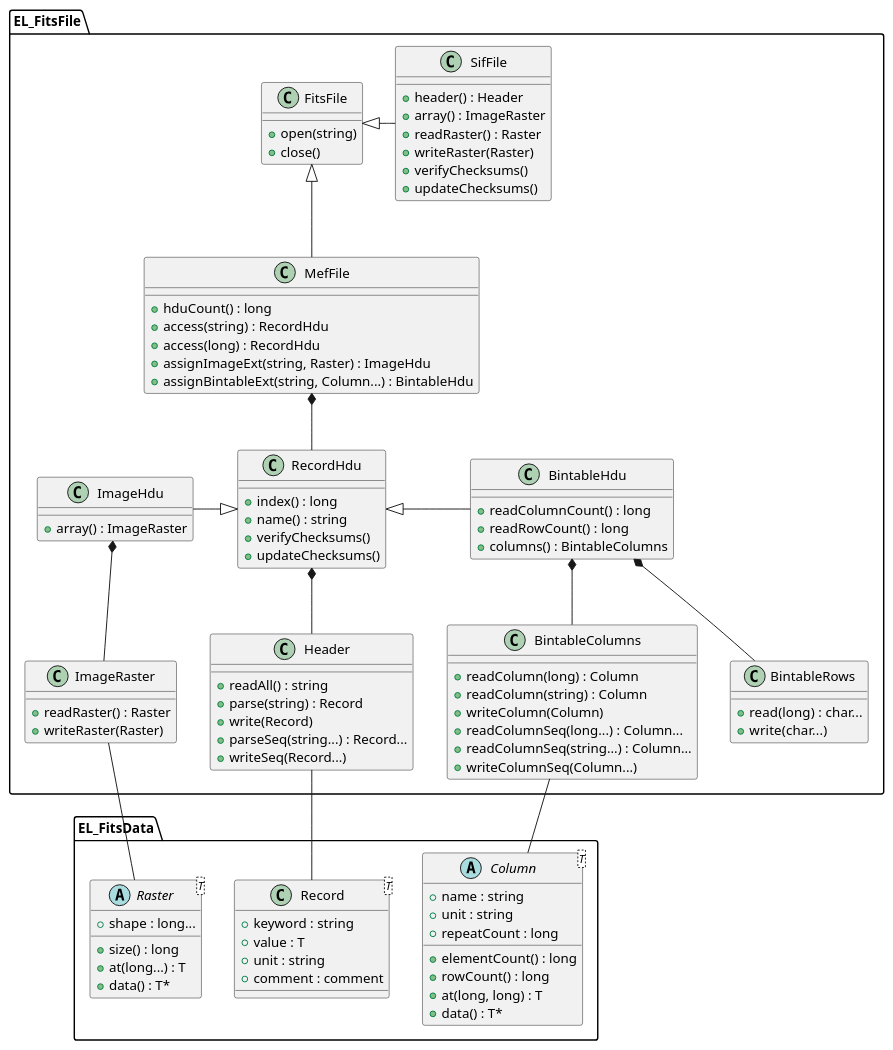
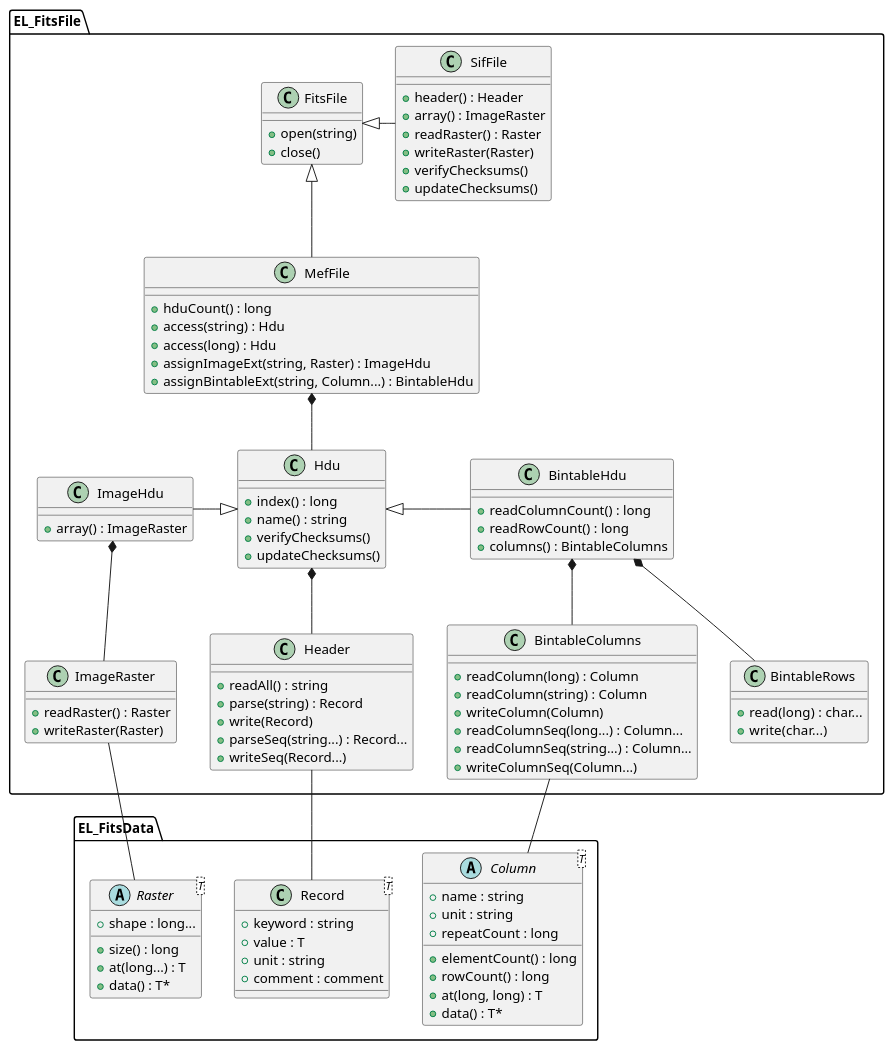
Before and after one commit to CNES/EleFits: the diagram in doc/diagrams/src/FitsFile.puml, drawn with PlantUML. The commit also changed 6 other files, not shown here.

```diff
--- a/doc/diagrams/src/FitsFile.puml
+++ b/doc/diagrams/src/FitsFile.puml
@@ -1,112 +1,112 @@
 @startuml
 package EL_FitsData {
 
 class Record<T> {
 + keyword : string
 + value : T
 + unit : string
 + comment : comment
 }
 
 abstract class Raster<T> {
 + shape : long...
 + size() : long
 + at(long...) : T
 + data() : T*
 }
 
 abstract class Column<T> {
 + name : string
 + unit : string
 + repeatCount : long
 + elementCount() : long
 + rowCount() : long
 + at(long, long) : T
 + data() : T*
 }
 
 }
 
 package EL_FitsFile {
 
 class FitsFile {
 + open(string)
 + close()
 }
 
 class SifFile {
 + header() : Header
 + array() : ImageRaster
 + readRaster() : Raster
 + writeRaster(Raster)
 + verifyChecksums()
 + updateChecksums()
 }
 
 class MefFile {
 + hduCount() : long
-+ access(string) : RecordHdu
-+ access(long) : RecordHdu
++ access(string) : Hdu
++ access(long) : Hdu
 + assignImageExt(string, Raster) : ImageHdu
 + assignBintableExt(string, Column...) : BintableHdu
 }
 
-class RecordHdu {
+class Hdu {
 + index() : long
 + name() : string
 + verifyChecksums()
 + updateChecksums()
 }
 
 class ImageHdu {
 + array() : ImageRaster
 }
 
 class BintableHdu {
 + readColumnCount() : long
 + readRowCount() : long
 + columns() : BintableColumns
 }
 
 class Header {
 + readAll() : string
 + parse(string) : Record
 + write(Record)
 + parseSeq(string...) : Record...
 + writeSeq(Record...)
 }
 
 class ImageRaster {
 + readRaster() : Raster
 + writeRaster(Raster)
 }
 
 class BintableColumns {
 + readColumn(long) : Column
 + readColumn(string) : Column
 + writeColumn(Column)
 + readColumnSeq(long...) : Column...
 + readColumnSeq(string...) : Column...
 + writeColumnSeq(Column...)
 }
 
 class BintableRows {
 + read(long) : char...
 + write(char...)
 }
 
 }
 
 FitsFile <|- SifFile
 FitsFile <|-- MefFile
-ImageHdu -|> RecordHdu
-RecordHdu <|- BintableHdu
-RecordHdu *-- Header
+ImageHdu -|> Hdu
+Hdu <|- BintableHdu
+Hdu *-- Header
 ImageHdu *-- ImageRaster
 BintableHdu *-- BintableColumns
 BintableHdu *-- BintableRows
-MefFile *-- RecordHdu
+MefFile *-- Hdu
 Header -- Record
 ImageRaster -- Raster
 BintableColumns -- Column
 @enduml
```
